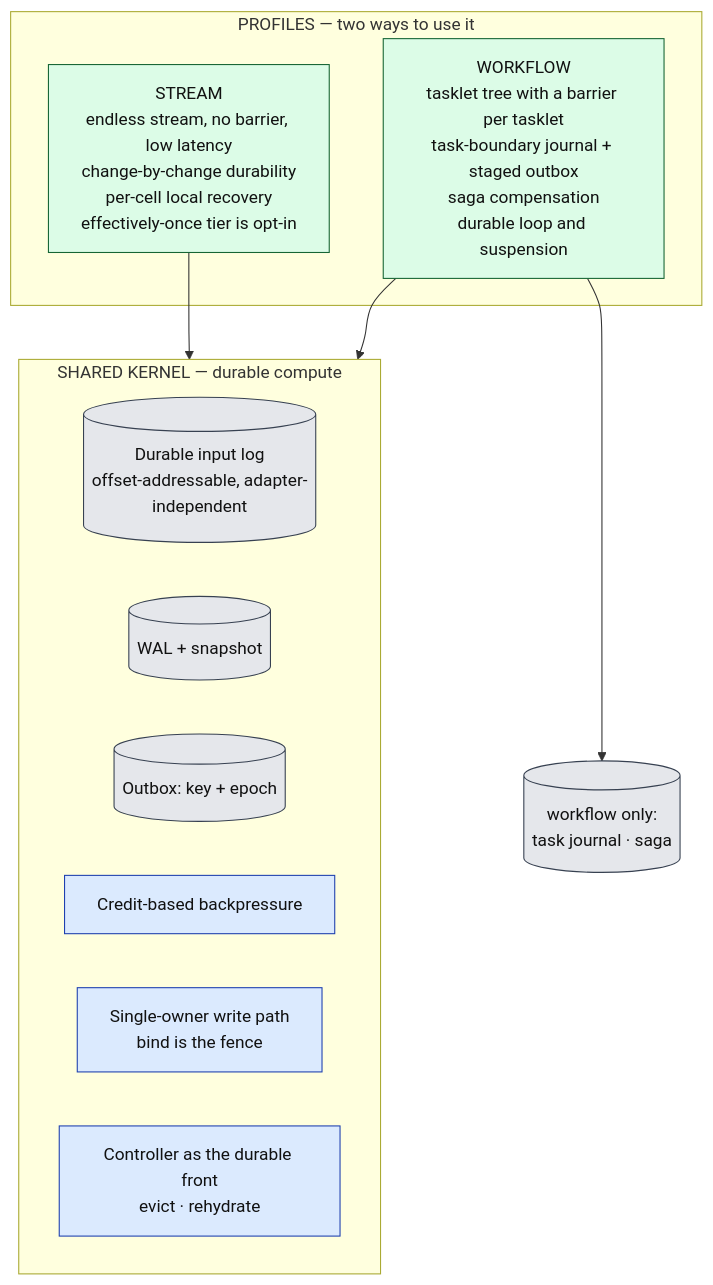
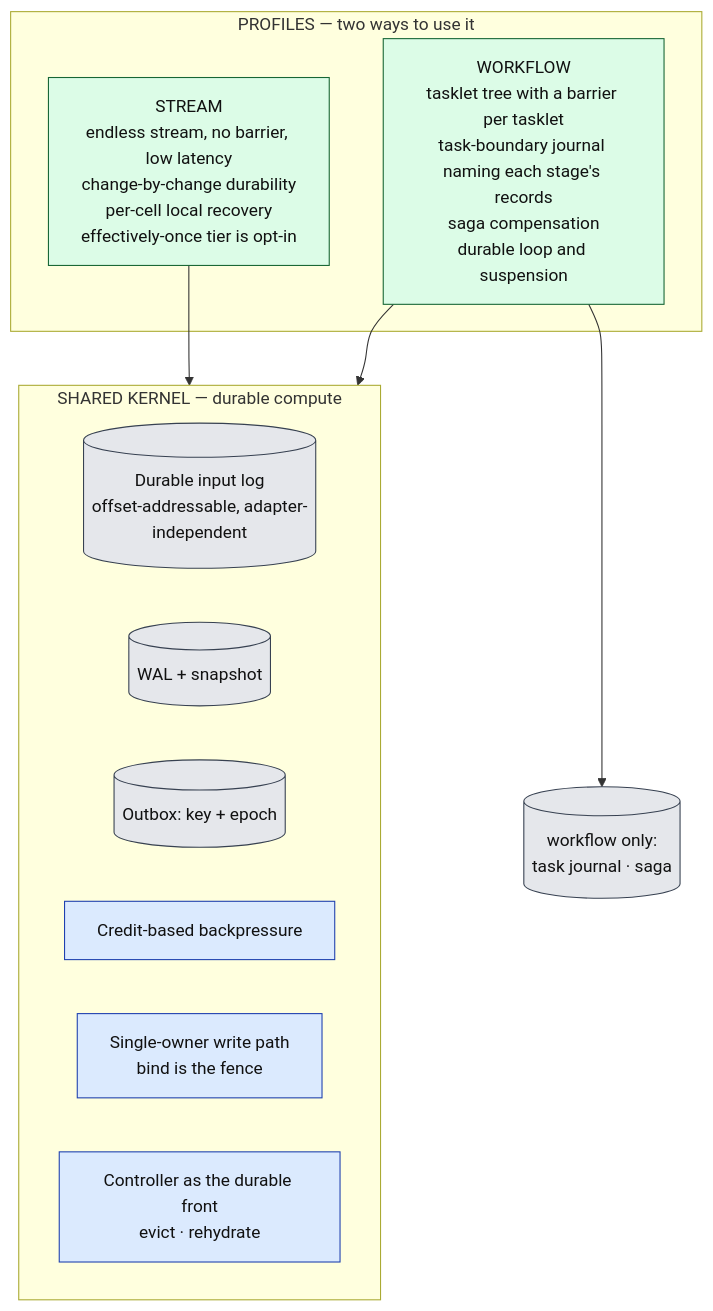
The fifth of 9 diagrams in docs/architecture/README.md (Flezha/flezha), drawn with Mermaid before and after one commit. The commit also changed other lines of this file and 72 other files, not shown here.

First line of the commit message:
Commit a workflow stage through its Cells' own records

````diff
--- a/docs/architecture/README.md
+++ b/docs/architecture/README.md
@@ -236,24 +236,24 @@
 ```mermaid
 flowchart TB
     subgraph PROF["PROFILES — two ways to use it"]
         UNB["STREAM<br/>endless stream, no barrier, low latency<br/>change-by-change durability<br/>per-cell local recovery<br/>effectively-once tier is opt-in"]:::exec
-        BND["WORKFLOW<br/>tasklet tree with a barrier per tasklet<br/>task-boundary journal + staged outbox<br/>saga compensation<br/>durable loop and suspension"]:::exec
+        BND["WORKFLOW<br/>tasklet tree with a barrier per tasklet<br/>task-boundary journal naming each stage's records<br/>saga compensation<br/>durable loop and suspension"]:::exec
     end
     subgraph KERN["SHARED KERNEL — durable compute"]
         K1[("Durable input log<br/>offset-addressable, adapter-independent")]:::store
         K2[("WAL + snapshot")]:::store
         K3[("Outbox: key + epoch")]:::store
         K4["Credit-based backpressure"]:::ctrl
         K5["Single-owner write path<br/>bind is the fence"]:::ctrl
         K6["Controller as the durable front<br/>evict · rehydrate"]:::ctrl
     end
     BEXTRA[("workflow only:<br/>task journal · saga")]:::store
 
     UNB --> KERN
     BND --> KERN
     BND --> BEXTRA
 
     classDef ctrl fill:#dbeafe,stroke:#1e40af,color:#111
     classDef exec fill:#dcfce7,stroke:#166534,color:#111
     classDef store fill:#e5e7eb,stroke:#374151,color:#111
 ```
````
